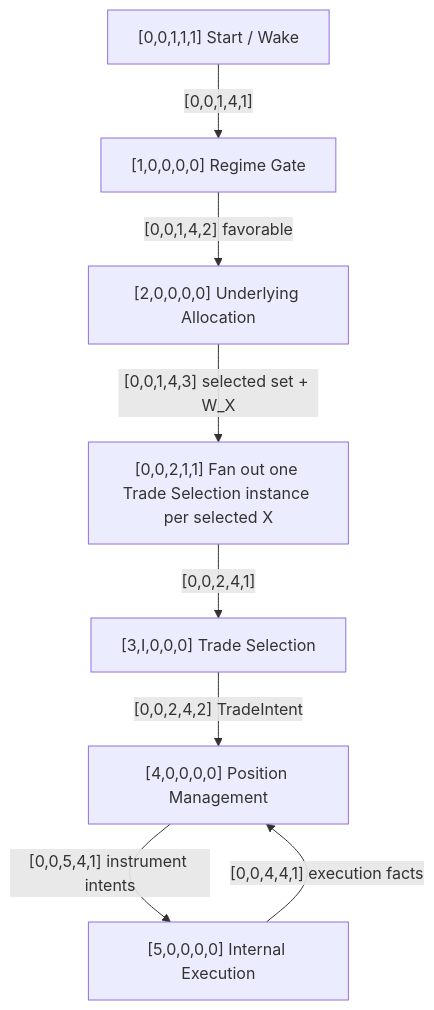
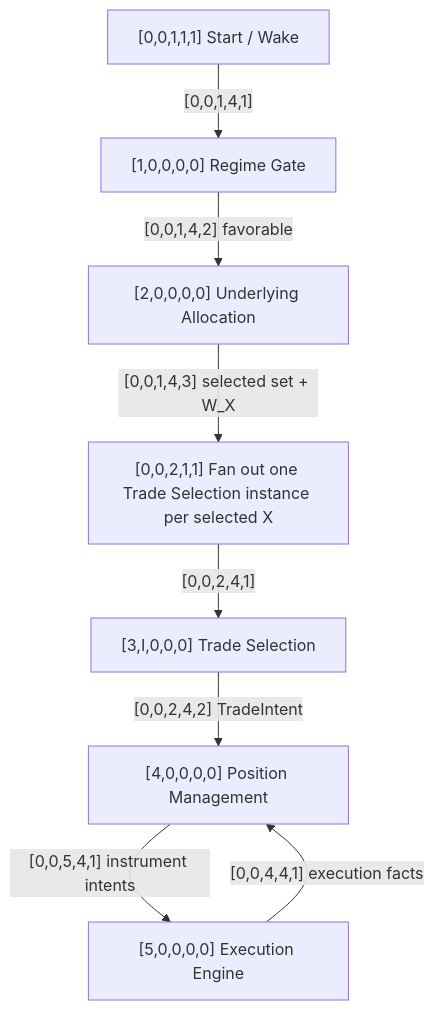
Before and after one commit to ayyararyan/volarb: the diagram in docs/autonomous-butterfly-workflow.md, drawn with Mermaid. The commit also changed other lines of this file and 76 other files, not shown here.

```diff
--- a/docs/autonomous-butterfly-workflow.md
+++ b/docs/autonomous-butterfly-workflow.md
@@ -5,18 +7,18 @@
 ~~~mermaid
 flowchart TD
     S["[0,0,1,1,1] Start / Wake"]
     R["[1,0,0,0,0] Regime Gate"]
     U["[2,0,0,0,0] Underlying Allocation"]
     F["[0,0,2,1,1] Fan out one Trade Selection instance per selected X"]
     T["[3,I,0,0,0] Trade Selection"]
     P["[4,0,0,0,0] Position Management"]
-    E["[5,0,0,0,0] Internal Execution"]
+    E["[5,0,0,0,0] Execution Engine"]
 
     S -->|"[0,0,1,4,1]"| R
     R -->|"[0,0,1,4,2] favorable"| U
     U -->|"[0,0,1,4,3] selected set + W_X"| F
     F -->|"[0,0,2,4,1]"| T
     T -->|"[0,0,2,4,2] TradeIntent"| P
     P -->|"[0,0,5,4,1] instrument intents"| E
     E -->|"[0,0,4,4,1] execution facts"| P
 ~~~
```
